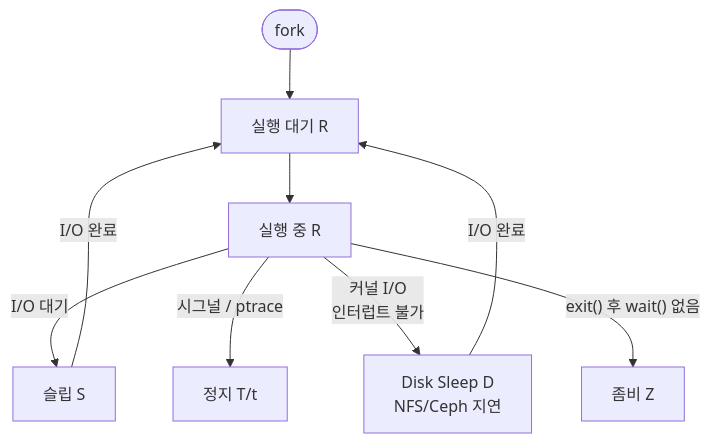
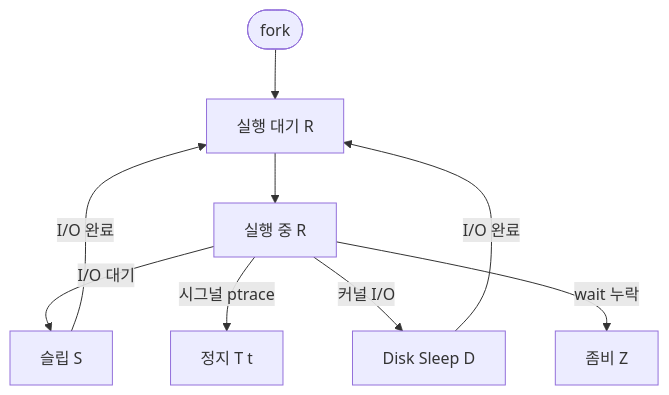
Before and after one commit to moonblueblue/devops-wiki: the first of 3 diagrams in content/linux/process-isolation/process-management.md, drawn with Mermaid. The commit also changed other lines of this file and 37 other files, not shown here.

First line of the commit message:
style: linux 카테고리 ASCII 도표·Mermaid 라벨 형식 교정

````diff
--- a/content/linux/process-isolation/process-management.md
+++ b/content/linux/process-isolation/process-management.md
@@ -25,11 +25,11 @@
 ```mermaid
 graph TD
     START([fork]) --> RQ[실행 대기 R]
     RQ --> RN[실행 중 R]
     RN -->|I/O 대기| S[슬립 S]
     S -->|I/O 완료| RQ
-    RN -->|시그널 / ptrace| T[정지 T/t]
-    RN -->|커널 I/O\n인터럽트 불가| D["Disk Sleep D\nNFS/Ceph 지연"]
+    RN -->|시그널 ptrace| T[정지 T t]
+    RN -->|커널 I/O| D[Disk Sleep D]
     D -->|I/O 완료| RQ
-    RN -->|"exit() 후 wait() 없음"| Z[좀비 Z]
+    RN -->|wait 누락| Z[좀비 Z]
 ```
````
